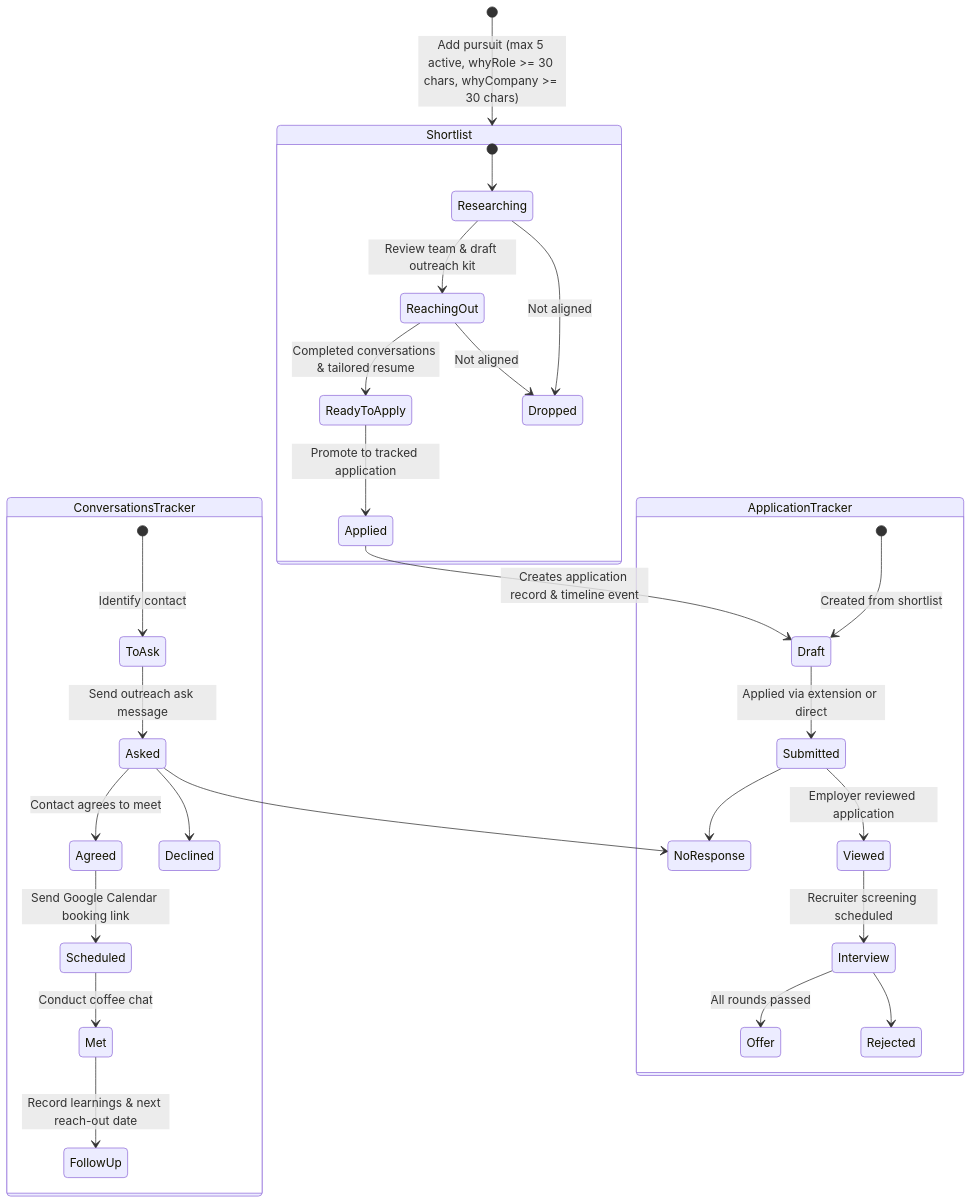
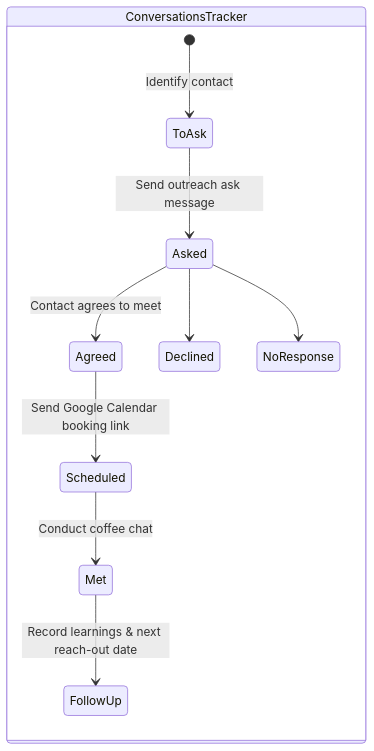
The sixth of 9 diagrams in docs/architecture.md (Unhurried-Careers/unhurried-product), drawn with Mermaid before and after one commit. The commit also changed other lines of this file and 7 other files, not shown here.

````diff
--- a/docs/architecture.md
+++ b/docs/architecture.md
@@ -259,36 +281,13 @@
 ```mermaid
 stateDiagram-v2
-  [*] --> Shortlist: Add pursuit (max 5 active, whyRole >= 30 chars, whyCompany >= 30 chars)
-  
-  state Shortlist {
-    [*] --> Researching
-    Researching --> ReachingOut: Review team & draft outreach kit
-    ReachingOut --> ReadyToApply: Completed conversations & tailored resume
-    ReadyToApply --> Applied: Promote to tracked application
-    Researching --> Dropped: Not aligned
-    ReachingOut --> Dropped: Not aligned
-  }
-
   state ConversationsTracker {
     [*] --> ToAsk: Identify contact
     ToAsk --> Asked: Send outreach ask message
     Asked --> Agreed: Contact agrees to meet
     Agreed --> Scheduled: Send Google Calendar booking link
     Scheduled --> Met: Conduct coffee chat
     Met --> FollowUp: Record learnings & next reach-out date
     Asked --> Declined
     Asked --> NoResponse
   }
-
-  state ApplicationTracker {
-    [*] --> Draft: Created from shortlist
-    Draft --> Submitted: Applied via extension or direct
-    Submitted --> Viewed: Employer reviewed application
-    Viewed --> Interview: Recruiter screening scheduled
-    Interview --> Offer: All rounds passed
-    Interview --> Rejected
-    Submitted --> NoResponse
-  }
-
-  Applied --> Draft: Creates application record & timeline event
 ```
````
